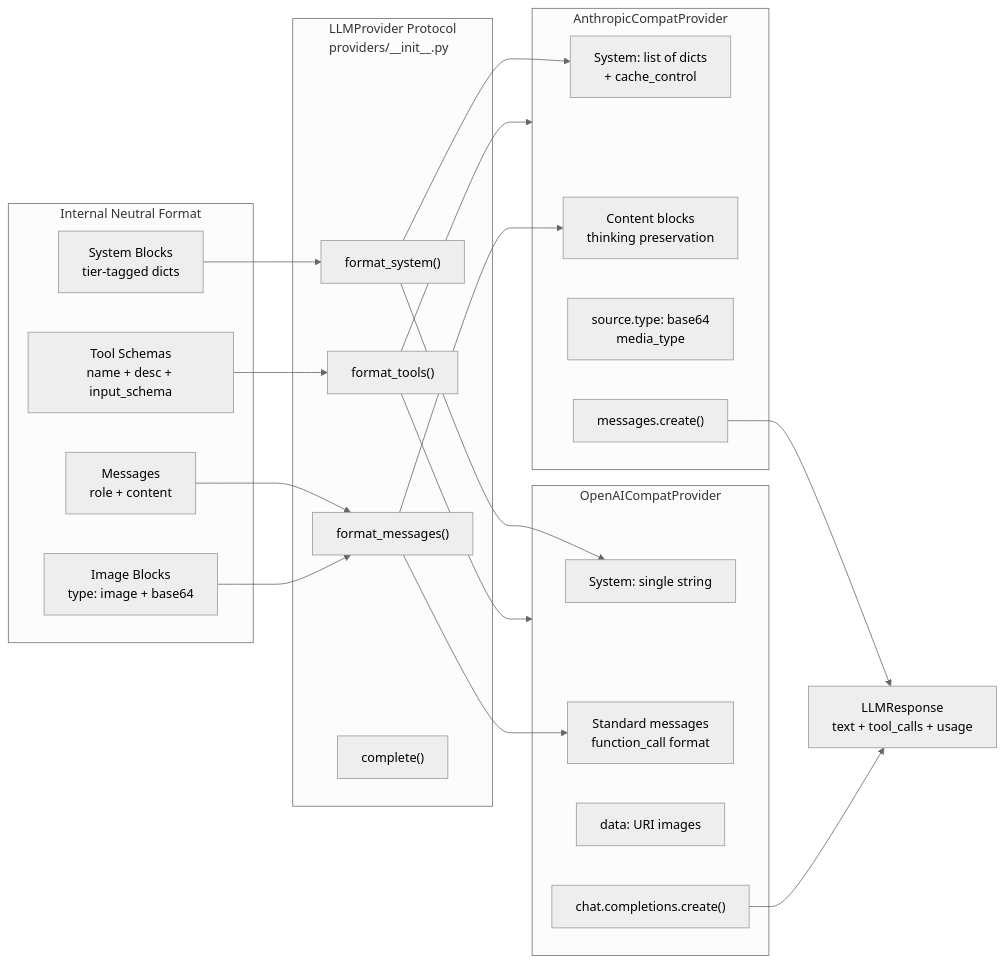
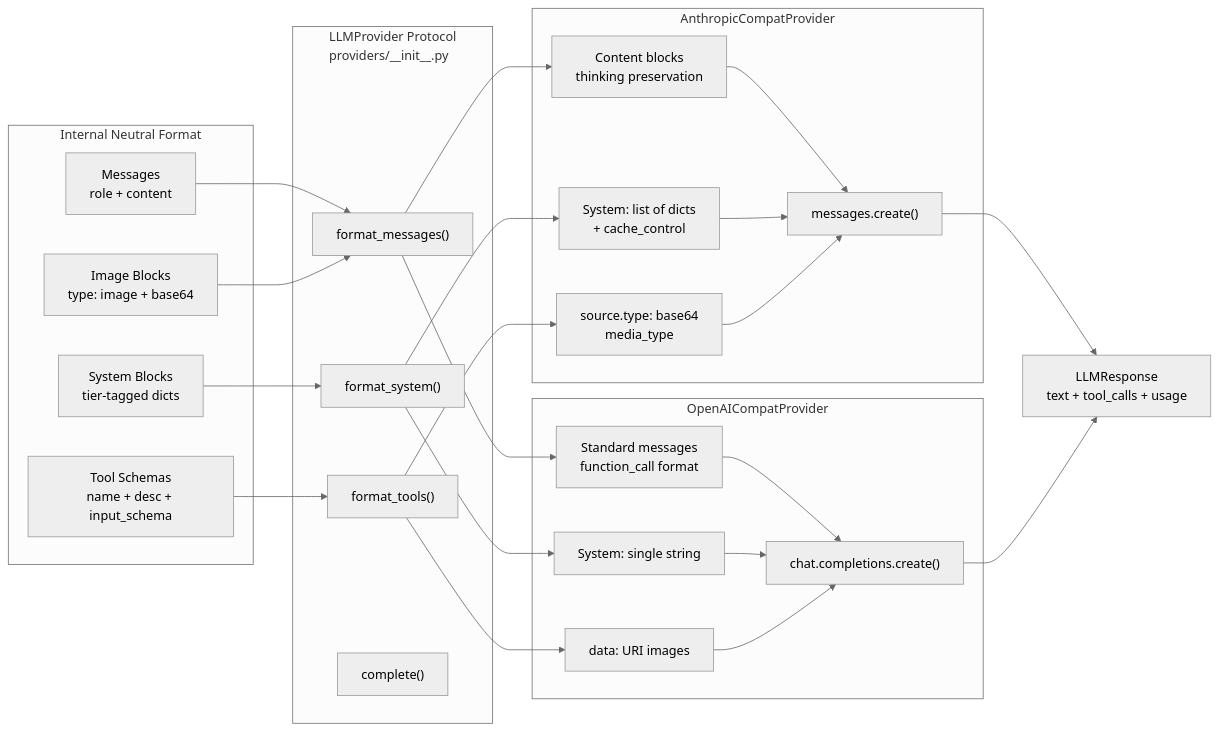
One commit to nicolasforstinger/lucyd changed the fifth of 8 diagrams in docs/diagrams.md. Above: the diagram before and after it, drawn with Mermaid (neutral theme).

Commit message:
fix: provider abstraction diagram — connect format outputs to API calls
format_tools() now flows to provider-specific image formats instead of
dangling at the subgraph. Provider-specific nodes (messages, system,
images) feed into their respective API calls, which produce LLMResponse.
complete() node removed (redundant with API call nodes).

````diff
--- a/docs/diagrams.md
+++ b/docs/diagrams.md
@@ -183,44 +183,44 @@
 ```mermaid
 flowchart LR
     subgraph Internal["Internal Neutral Format"]
         MSG["Messages<br/>role + content"]
         SYS["System Blocks<br/>tier-tagged dicts"]
         TOOLS_INT["Tool Schemas<br/>name + desc + input_schema"]
         IMG["Image Blocks<br/>type: image + base64"]
     end
 
     subgraph Protocol["LLMProvider Protocol<br/>providers/__init__.py"]
         FM["format_messages()"]
         FS["format_system()"]
         FT["format_tools()"]
         COMPLETE["complete()"]
     end
 
     subgraph Anthropic["AnthropicCompatProvider"]
         A_SYS["System: list of dicts<br/>+ cache_control"]
         A_MSG["Content blocks<br/>thinking preservation"]
         A_IMG["source.type: base64<br/>media_type"]
         A_API["messages.create()"]
     end
 
     subgraph OpenAI["OpenAICompatProvider"]
         O_SYS["System: single string"]
         O_MSG["Standard messages<br/>function_call format"]
         O_IMG["data: URI images"]
         O_API["chat.completions.create()"]
     end
 
     RESP["LLMResponse<br/>text + tool_calls + usage"]
 
     MSG --> FM
     SYS --> FS
     TOOLS_INT --> FT
     IMG --> FM
 
     FM --> A_MSG & O_MSG
     FS --> A_SYS & O_SYS
-    FT --> Anthropic & OpenAI
+    FT --> A_IMG & O_IMG
 
-    A_API --> RESP
-    O_API --> RESP
+    A_MSG & A_SYS & A_IMG --> A_API --> RESP
+    O_MSG & O_SYS & O_IMG --> O_API --> RESP
 ```
````
